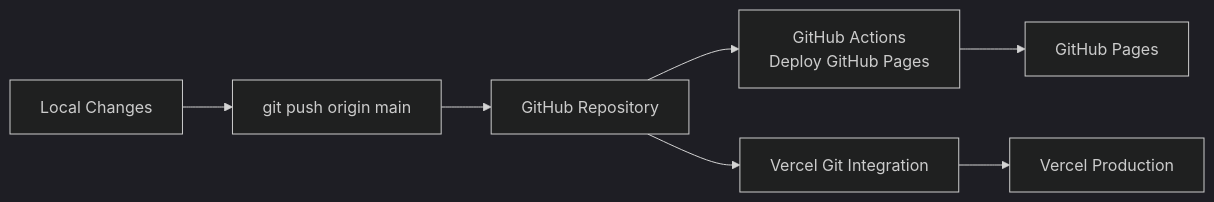
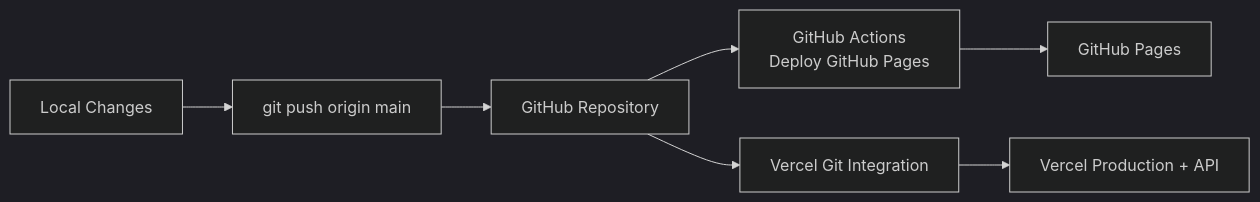
Before and after one commit to xxwl12122/titan-energy-site: the diagram in README.md, drawn with Mermaid (dark theme). The commit also changed other lines of this file and 13 other files, not shown here.

````diff
--- a/README.md
+++ b/README.md
@@ -140,9 +166,9 @@
 ```mermaid
 flowchart LR
   A["Local Changes"] --> B["git push origin main"]
   B --> C["GitHub Repository"]
   C --> D["GitHub Actions<br/>Deploy GitHub Pages"]
   C --> E["Vercel Git Integration"]
   D --> F["GitHub Pages"]
-  E --> G["Vercel Production"]
+  E --> G["Vercel Production + API"]
 ```
````
